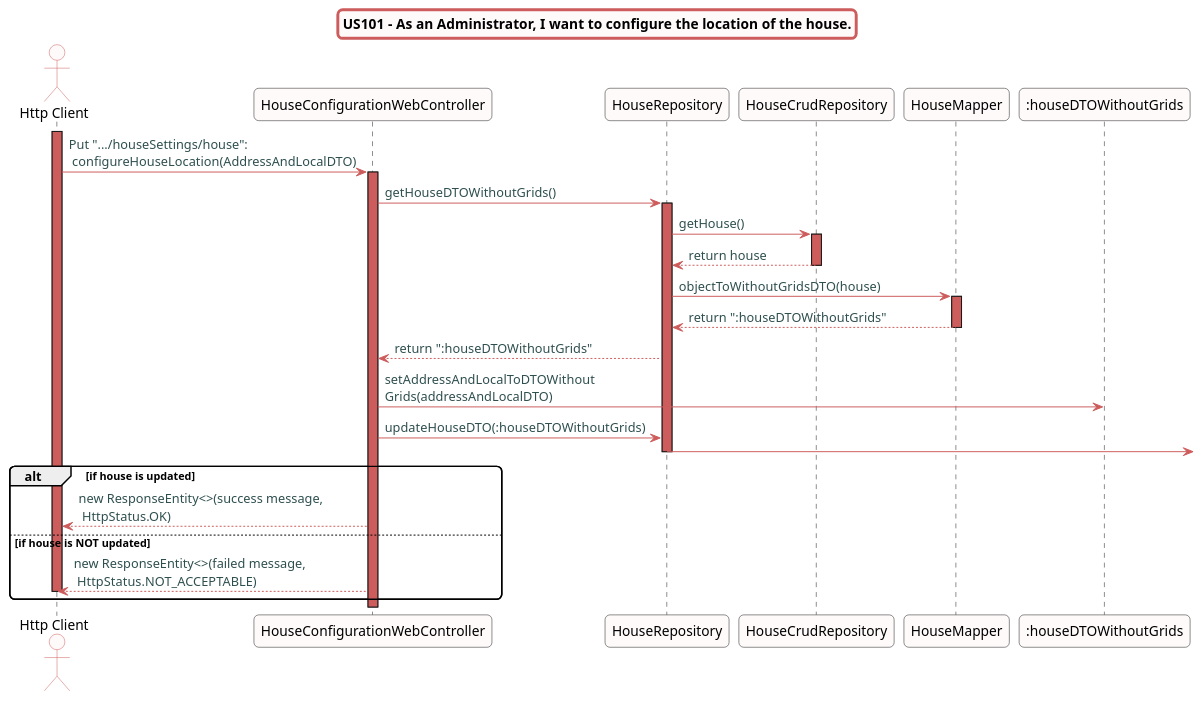
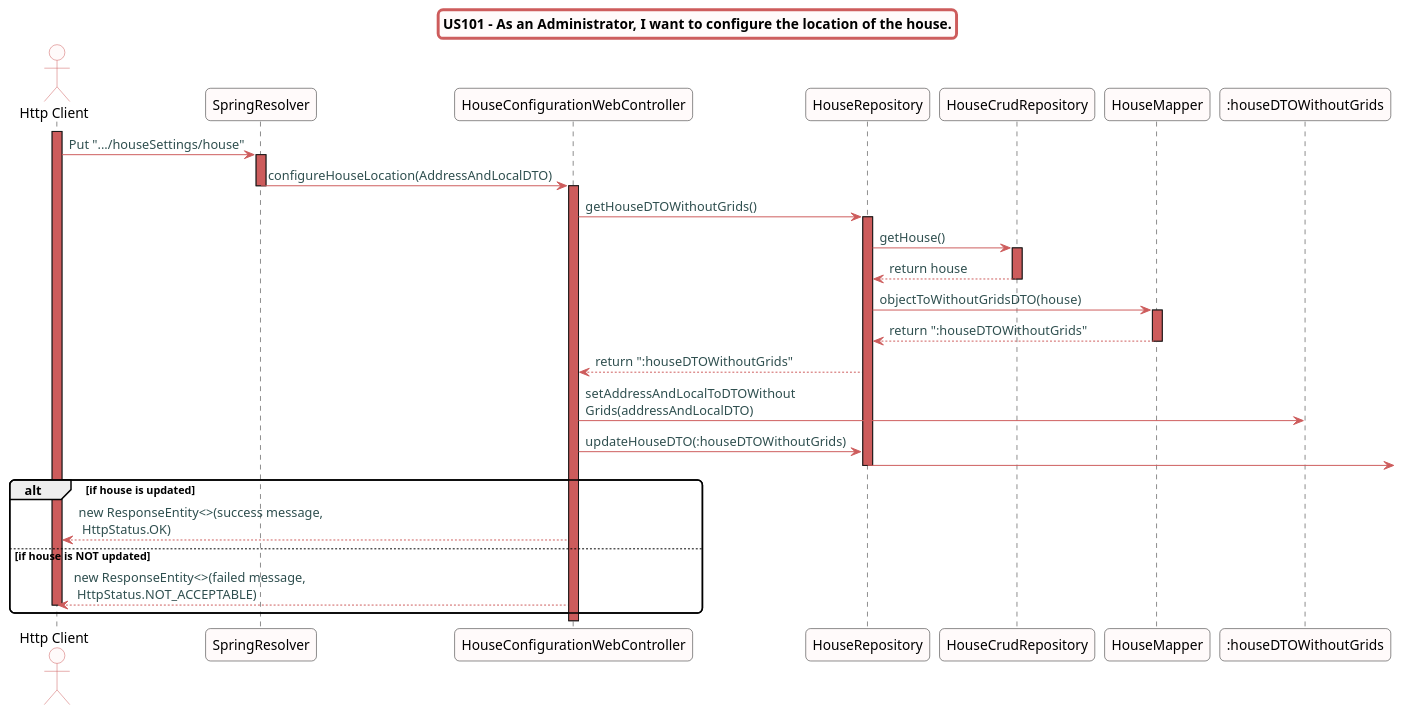
The diagram in src/doc/WEB_Controllers/HouseConfiguration/US101/US101_sd_HouseConfiguration.puml (Almadanmp/project), drawn with PlantUML before and after one commit. The commit also changed 1 other file, not shown here.

Commit message:
REF #360 #361 - updated diagrams.

```diff
--- a/src/doc/WEB_Controllers/HouseConfiguration/US101/US101_sd_HouseConfiguration.puml
+++ b/src/doc/WEB_Controllers/HouseConfiguration/US101/US101_sd_HouseConfiguration.puml
@@ -1,57 +1,60 @@
 @startuml
 
 skinparam titleBorderRoundCorner 10
 skinparam titleBorderThickness 3
 skinparam titleBorderColor indianred
 skinparam titleBackgroundColor snow
 skinparam FontName quicksand
 
 skinparam actor {
   BorderColor indianred
   backgroundColor Snow
   }
 
 skinparam sequence {
   LifeLineBackgroundColor indianred
   ParticipantBackgroundColor snow
 }
 
 skinparam roundcorner 10
 
 skinparam component {
   arrowThickness 1
   ArrowFontName Verdana
   ArrowColor indianred
   ArrowFontColor darkslategrey
 }
 
 title US101 - As an Administrator, I want to configure the location of the house.
 
 actor "Http Client"
 activate "Http Client"
-"Http Client" -> "HouseConfigurationWebController":  Put ".../houseSettings/house":\n configureHouseLocation(AddressAndLocalDTO)
+"Http Client" -> "SpringResolver":  Put ".../houseSettings/house"
+activate "SpringResolver"
+"SpringResolver" -> "HouseConfigurationWebController": configureHouseLocation(AddressAndLocalDTO)
+deactivate "SpringResolver"
 activate "HouseConfigurationWebController"
 "HouseConfigurationWebController" -> "HouseRepository": getHouseDTOWithoutGrids()
 activate "HouseRepository"
 "HouseRepository" -> "HouseCrudRepository": getHouse()
 activate "HouseCrudRepository"
 "HouseCrudRepository" --> "HouseRepository": return house
 deactivate "HouseCrudRepository"
 "HouseRepository" -> "HouseMapper": objectToWithoutGridsDTO(house)
 activate "HouseMapper"
 "HouseMapper" --> "HouseRepository": return ":houseDTOWithoutGrids"
 deactivate "HouseMapper"
 "HouseRepository" --> "HouseConfigurationWebController": return ":houseDTOWithoutGrids"
 "HouseConfigurationWebController" -> ":houseDTOWithoutGrids":setAddressAndLocalToDTOWithout\nGrids(addressAndLocalDTO)
 "HouseConfigurationWebController" -> "HouseRepository": updateHouseDTO(:houseDTOWithoutGrids)
 "HouseRepository" ->
 deactivate "HouseRepository"
 alt if house is updated
 "HouseConfigurationWebController" --> "Http Client": new ResponseEntity<>(success message,\n HttpStatus.OK)
 else if house is NOT updated
 "HouseConfigurationWebController" --> "Http Client": new ResponseEntity<>(failed message,\n HttpStatus.NOT_ACCEPTABLE)
 
 deactivate "Http Client"
 end
 
 @enduml
```
